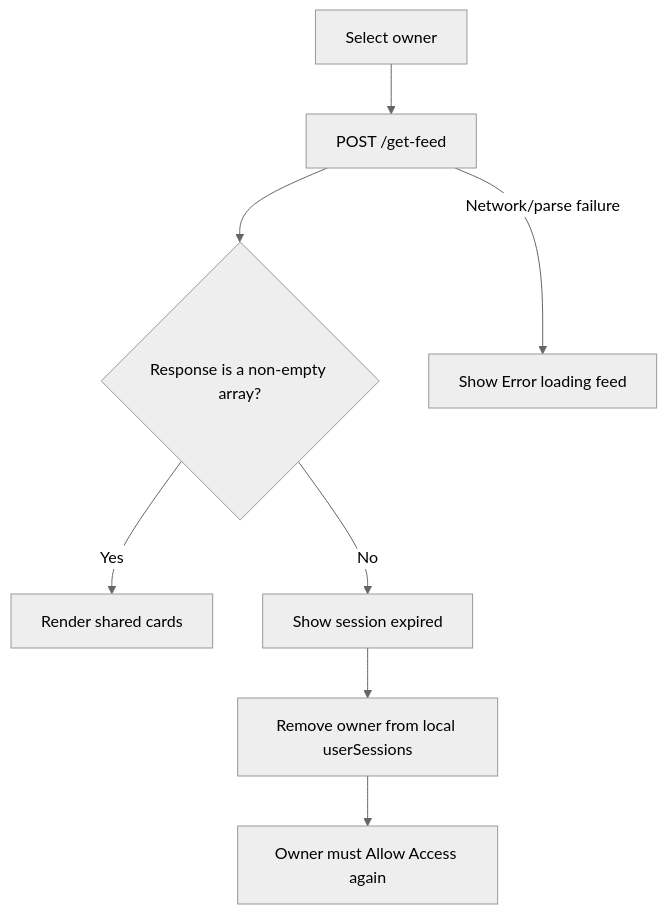
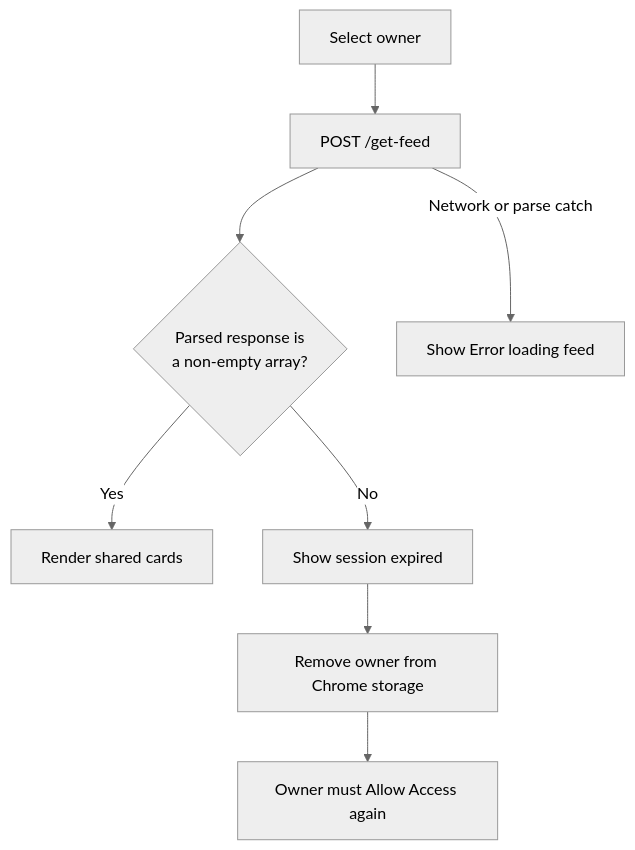
Before and after one commit to SidheshwarSarangal/X_feed_extension: the ninth of 10 diagrams in docs/workflows-and-api.md, drawn with Mermaid (neutral theme). The commit also changed other lines of this file and 8 other files, not shown here.

````diff
--- a/docs/workflows-and-api.md
+++ b/docs/workflows-and-api.md
@@ -271,10 +281,10 @@
 ```mermaid
 flowchart TD
     Select[Select owner] --> Request[POST /get-feed]
-    Request --> Result{Response is a non-empty array?}
-    Result -->|Yes| Render[Render shared cards]
-    Result -->|No| Message[Show session expired]
-    Message --> Remove[Remove owner from local userSessions]
+    Request --> Parsed{Parsed response is<br/>a non-empty array?}
+    Parsed -->|Yes| Render[Render shared cards]
+    Parsed -->|No| Expired[Show session expired]
+    Expired --> Remove[Remove owner from Chrome storage]
     Remove --> Regrant[Owner must Allow Access again]
-    Request -->|Network/parse failure| Error[Show Error loading feed]
+    Request -->|Network or parse catch| Error[Show Error loading feed]
 ```
````
